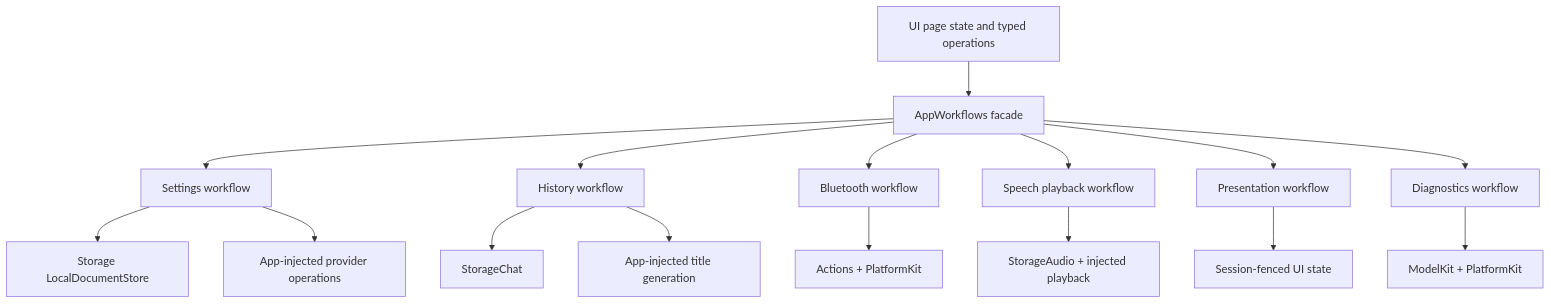
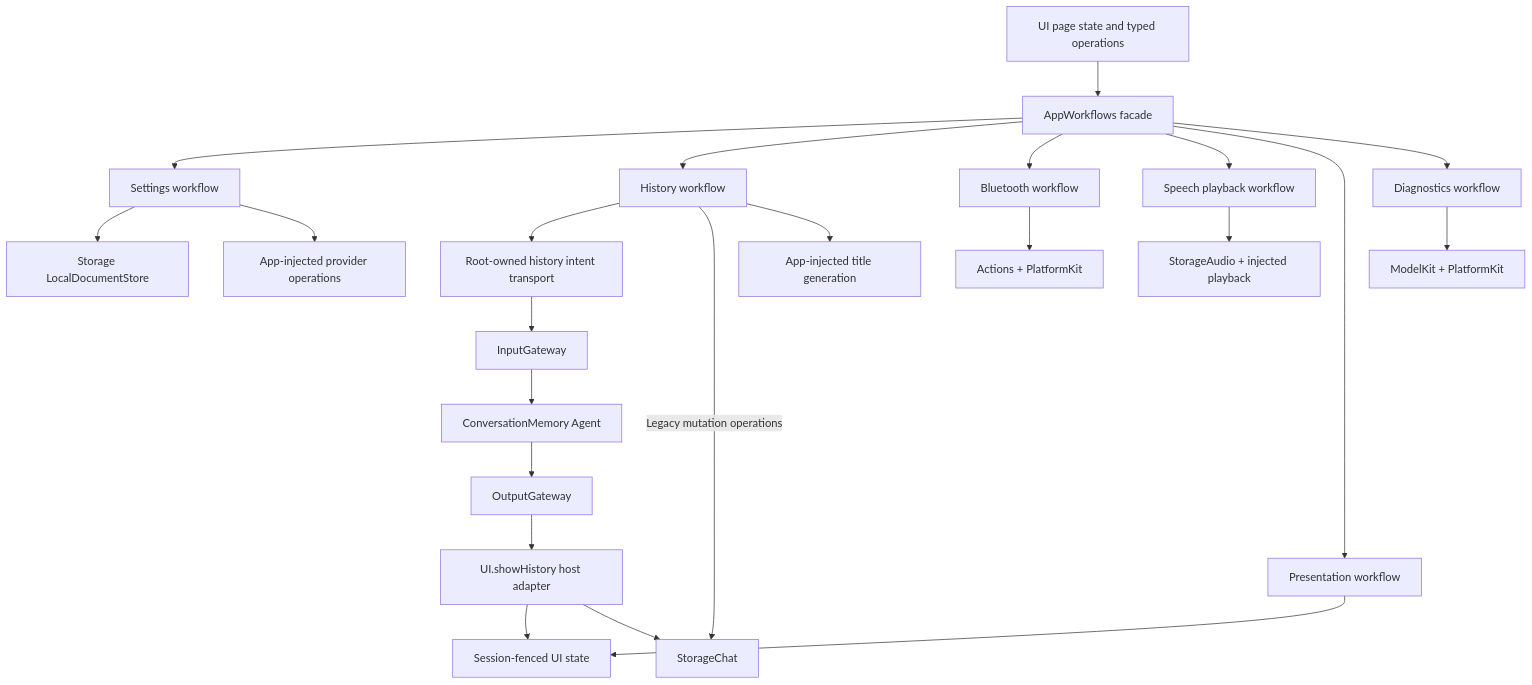
Diagram 13 of 15 in MobileHarness/README.md (devilyouwei/MobileHarness), drawn with Mermaid before and after one commit. The commit also changed other lines of this file and 40 other files, not shown here.

Commit message:
feat: route history refresh through conversation memory agent

````diff
--- a/MobileHarness/README.md
+++ b/MobileHarness/README.md
@@ -665,18 +669,25 @@
 ```mermaid
 flowchart TB
     UI[UI page state and typed operations] --> Facade[AppWorkflows facade]
     Facade --> Settings[Settings workflow]
     Facade --> History[History workflow]
     Facade --> Bluetooth[Bluetooth workflow]
     Facade --> Speech[Speech playback workflow]
     Facade --> Presentation[Presentation workflow]
     Facade --> Diagnostics[Diagnostics workflow]
     Settings --> Documents[Storage LocalDocumentStore]
     Settings --> Provider[App-injected provider operations]
-    History --> Journal[StorageChat]
+    History --> Intent[Root-owned history intent transport]
+    Intent --> Input[InputGateway]
+    Input --> Memory[ConversationMemory Agent]
+    Memory --> Output[OutputGateway]
+    Output --> Present[UI.showHistory host adapter]
+    Present --> State
+    Present --> Journal[StorageChat]
+    History -->|Legacy mutation operations| Journal
     History --> Title[App-injected title generation]
     Bluetooth --> Device[Actions + PlatformKit]
     Speech --> Audio[StorageAudio + injected playback]
     Presentation --> State[Session-fenced UI state]
     Diagnostics --> Capabilities[ModelKit + PlatformKit]
 ```
````
